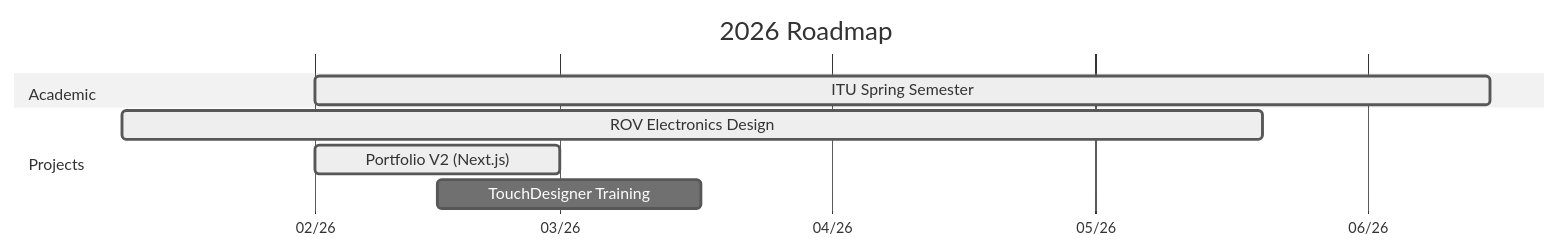
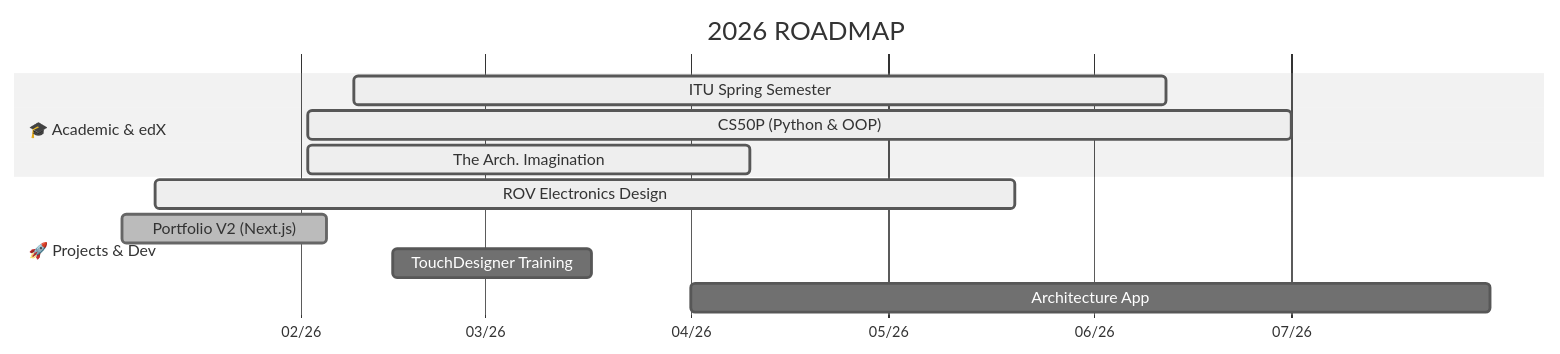
Before and after one commit to Firextream/Firextream: the diagram in README.md, drawn with Mermaid (neutral theme). The commit also changed other lines of this file, not shown here.

````diff
--- a/README.md
+++ b/README.md
@@ -35,14 +35,17 @@
 ```mermaid
 gantt
-    title 2026 Roadmap
+    title 2026 ROADMAP
     dateFormat YYYY-MM-DD
     axisFormat %m/%y
 
-    section Academic
-    ITU Spring Semester      :active, acad1, 2026-02-01, 2026-06-15
+    section 🎓 Academic & edX
+    ITU Spring Semester        :active, acad1, 2026-02-09, 2026-06-12
+    CS50P (Python & OOP)       :active, edx1,  2026-02-02, 2026-07-01
+    The Arch. Imagination      :active, edx2,  2026-02-02, 2026-04-10
 
-    section Projects
-    ROV Electronics Design   :active, proj1, 2026-01-10, 2026-05-20
-    Portfolio V2 (Next.js)   :active, proj2, 2026-02-01, 2026-03-01
-    TouchDesigner Training   :        2026-02-15, 30d
+    section 🚀 Projects & Dev
+    ROV Electronics Design     :active, proj1, 2026-01-10, 2026-05-20
+    Portfolio V2 (Next.js)     :done,   proj2, 2026-01-05, 2026-02-05
+    TouchDesigner Training     :        art1,  2026-02-15, 30d
+    Architecture App           :        proj3, 2026-04-01, 2026-07-31
 ```
````
